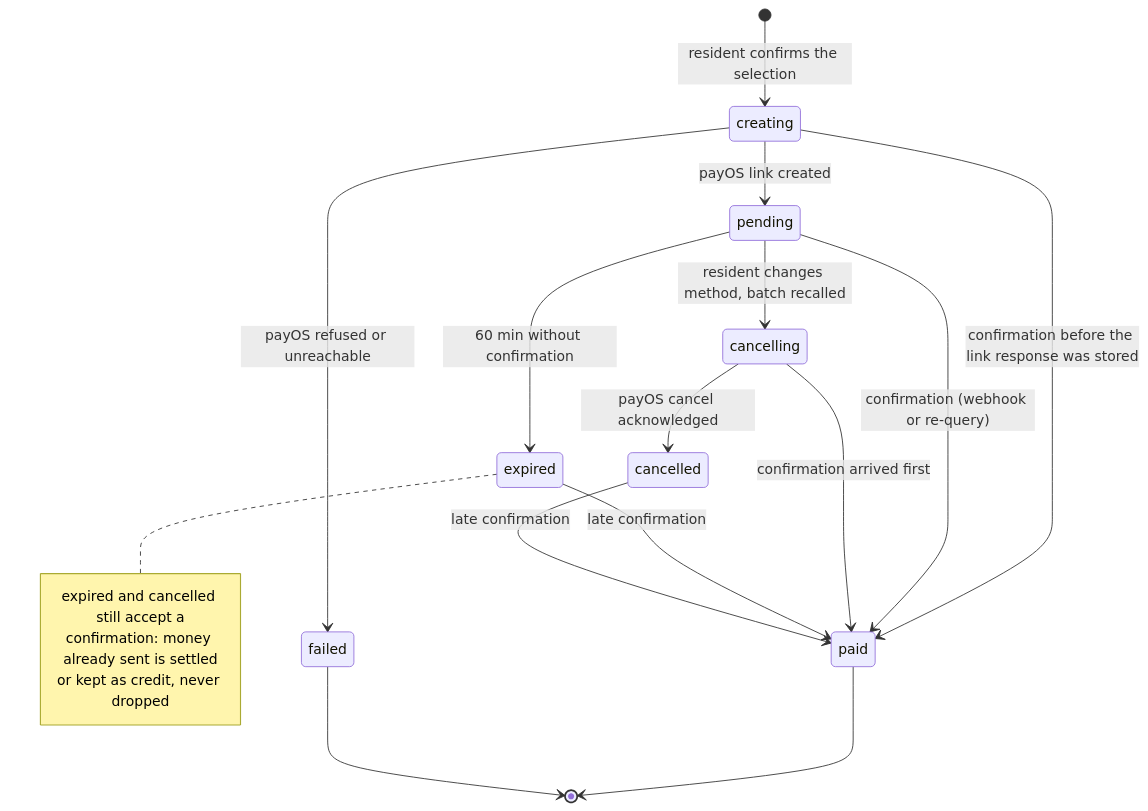
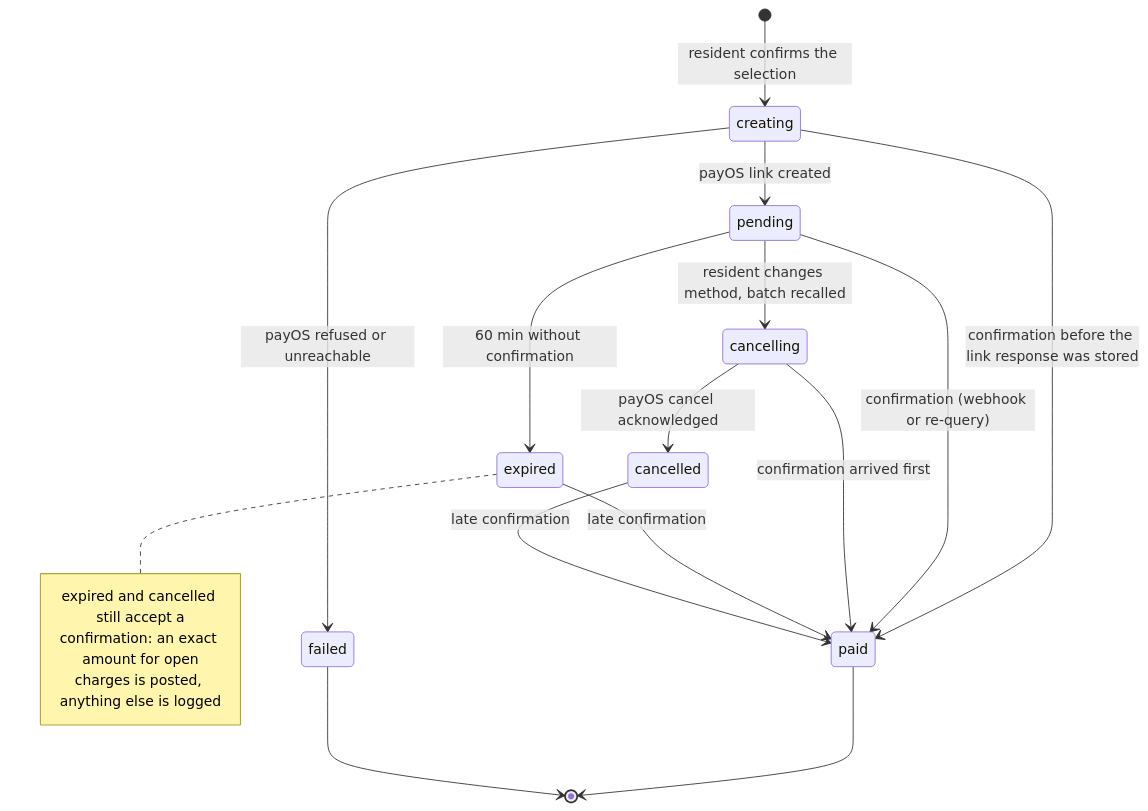
The seventh of 15 diagrams in residential-management-sdd.md (ninggiangboy/residential-management-system), drawn with Mermaid before and after one commit. The commit also changed other lines of this file, not shown here.

````diff
--- a/residential-management-sdd.md
+++ b/residential-management-sdd.md
@@ -701,21 +753,21 @@
 ```mermaid
 stateDiagram-v2
   [*] --> creating: resident confirms the selection
   creating --> pending: payOS link created
   creating --> failed: payOS refused or unreachable
   creating --> paid: confirmation before the link response was stored
   pending --> paid: confirmation (webhook or re-query)
   pending --> cancelling: resident changes method, batch recalled
   pending --> expired: 60 min without confirmation
   cancelling --> cancelled: payOS cancel acknowledged
   cancelling --> paid: confirmation arrived first
   expired --> paid: late confirmation
   cancelled --> paid: late confirmation
   paid --> [*]
   failed --> [*]
   note right of expired
     expired and cancelled still accept a
-    confirmation: money already sent is settled
-    or kept as credit, never dropped
+    confirmation: an exact amount for open
+    charges is posted, anything else is logged
   end note
 ```
````
